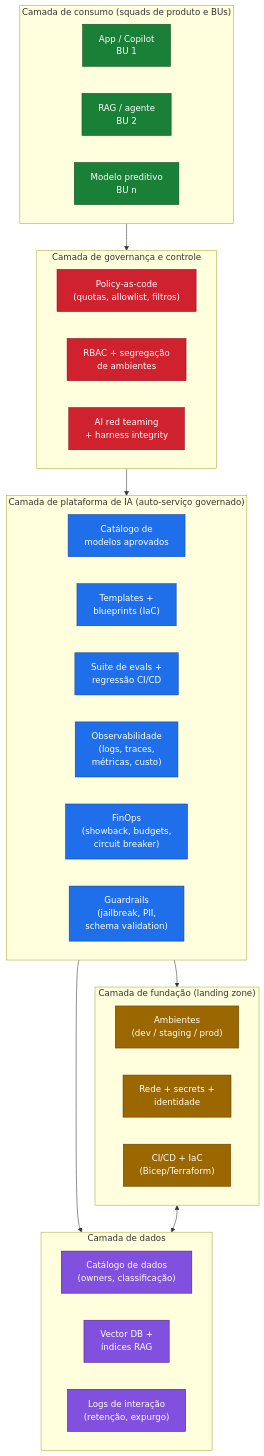
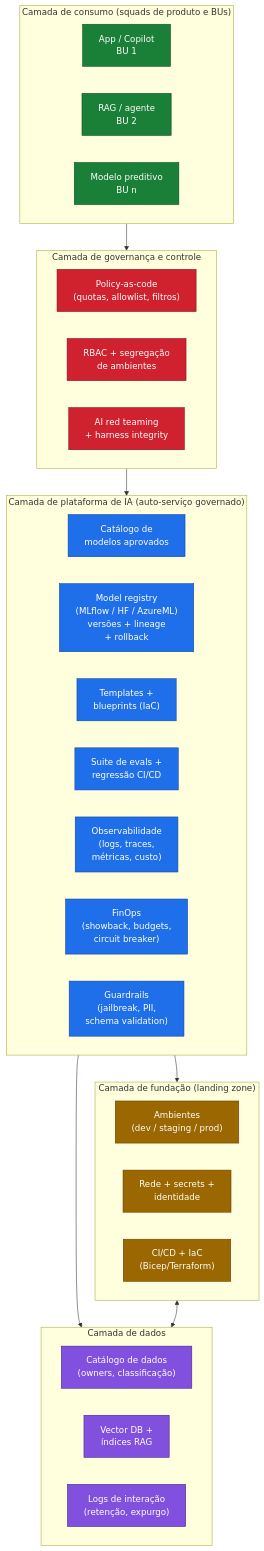
One commit to EdneiMonteiro/ai-coe-playbook changed the first of 2 diagrams in diagramas/04-arquitetura-plataforma.md. Above: the diagram before and after it, drawn with Mermaid. The commit also changed 9 other files, not shown here.

First line of the commit message:
Address diagramas-referencias review 01 — patch v1 (P1..P10)

````diff
--- a/diagramas/04-arquitetura-plataforma.md
+++ b/diagramas/04-arquitetura-plataforma.md
@@ -7,52 +7,53 @@
 ```mermaid
 flowchart TB
     classDef consumer fill:#1a7f37,stroke:#0a4d20,color:#fff
     classDef governance fill:#cf222e,stroke:#82071e,color:#fff
     classDef platform fill:#1f6feb,stroke:#0d419d,color:#fff
     classDef foundation fill:#9a6700,stroke:#633c01,color:#fff
     classDef data fill:#8250df,stroke:#3e1f79,color:#fff
 
     subgraph CONSUMERS["Camada de consumo (squads de produto e BUs)"]
         direction LR
         APP1["App / Copilot<br/>BU 1"]:::consumer
         APP2["RAG / agente<br/>BU 2"]:::consumer
         APP3["Modelo preditivo<br/>BU n"]:::consumer
     end
 
     subgraph GOV["Camada de governança e controle"]
         direction LR
         POL["Policy-as-code<br/>(quotas, allowlist, filtros)"]:::governance
         RBAC["RBAC + segregação<br/>de ambientes"]:::governance
         RT["AI red teaming<br/>+ harness integrity"]:::governance
     end
 
     subgraph PLAT["Camada de plataforma de IA (auto-serviço governado)"]
         direction LR
         CAT["Catálogo de<br/>modelos aprovados"]:::platform
+        REG["Model registry<br/>(MLflow / HF / AzureML)<br/>versões + lineage<br/>+ rollback"]:::platform
         TPL["Templates +<br/>blueprints (IaC)"]:::platform
         EVAL["Suite de evals +<br/>regressão CI/CD"]:::platform
         OBS["Observabilidade<br/>(logs, traces,<br/>métricas, custo)"]:::platform
         FIN["FinOps<br/>(showback, budgets,<br/>circuit breaker)"]:::platform
         GRD["Guardrails<br/>(jailbreak, PII,<br/>schema validation)"]:::platform
     end
 
     subgraph FOUND["Camada de fundação (landing zone)"]
         direction LR
         ENV["Ambientes<br/>(dev / staging / prod)"]:::foundation
         NET["Rede + secrets +<br/>identidade"]:::foundation
         CI["CI/CD + IaC<br/>(Bicep/Terraform)"]:::foundation
     end
 
     subgraph DATA["Camada de dados"]
         direction LR
         DCAT["Catálogo de dados<br/>(owners, classificação)"]:::data
         VEC["Vector DB +<br/>índices RAG"]:::data
         LOG["Logs de interação<br/>(retenção, expurgo)"]:::data
     end
 
     CONSUMERS --> GOV
     GOV --> PLAT
     PLAT --> FOUND
     PLAT --> DATA
     FOUND <--> DATA
 ```
````
